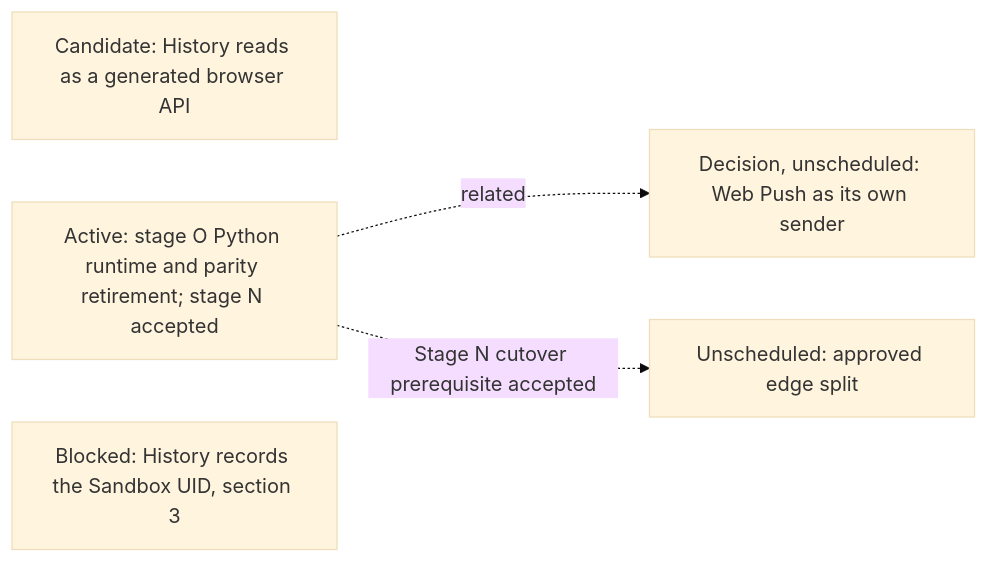
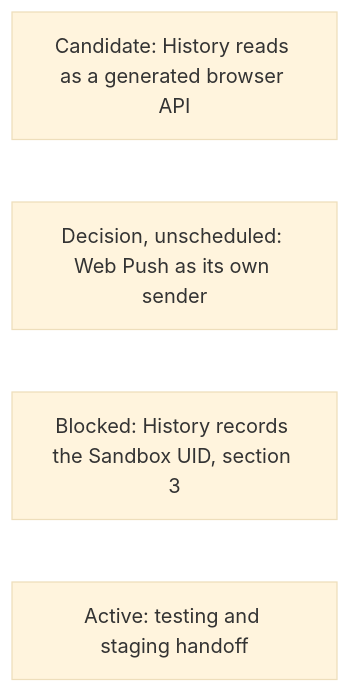
One commit to agentydragon-agent/ducktape changed diagram 17 of 19 in agentplane/plans/task_dag.md. Above: the diagram before and after it, drawn with Mermaid (base theme). The commit also changed other lines of this file and 5 other files, not shown here.

````diff
--- a/agentplane/plans/task_dag.md
+++ b/agentplane/plans/task_dag.md
@@ -1813,9 +1811,7 @@
 ```mermaid
 flowchart LR
     HISTORY_READS_FACADE[Candidate: History reads as a generated browser API]
-    ACTION_SERVICE_GO_PORT[Active: stage O Python runtime and parity retirement; stage N accepted]
     WEB_PUSH_SERVICE[Decision, unscheduled: Web Push as its own sender]
     HISTORY_SANDBOX_UID[Blocked: History records the Sandbox UID, section 3]
-    ACTION_SERVICE_GO_PORT -. related .-> WEB_PUSH_SERVICE
-    ACTION_SERVICE_GO_PORT -. Stage N cutover prerequisite accepted .-> ACTION_MCP_EDGE_SPLIT[Unscheduled: approved edge split]
+    ACTION_MCP_EDGE_SPLIT[Active: testing and staging handoff]
 ```
````
